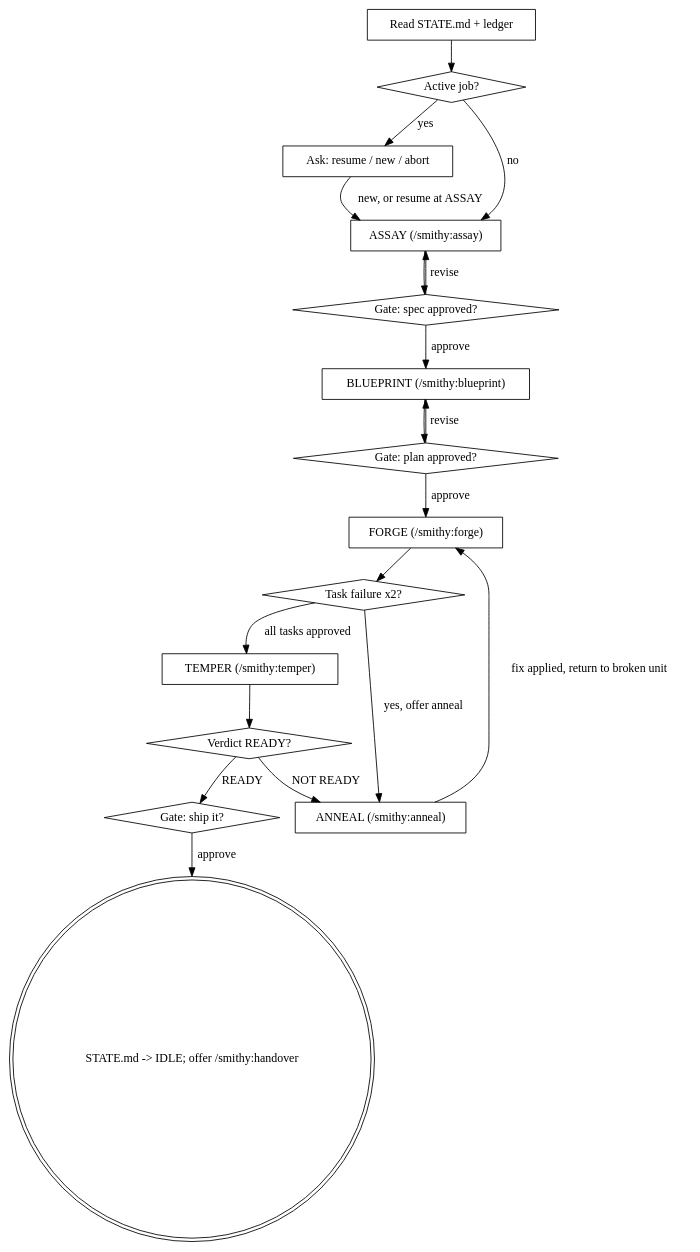
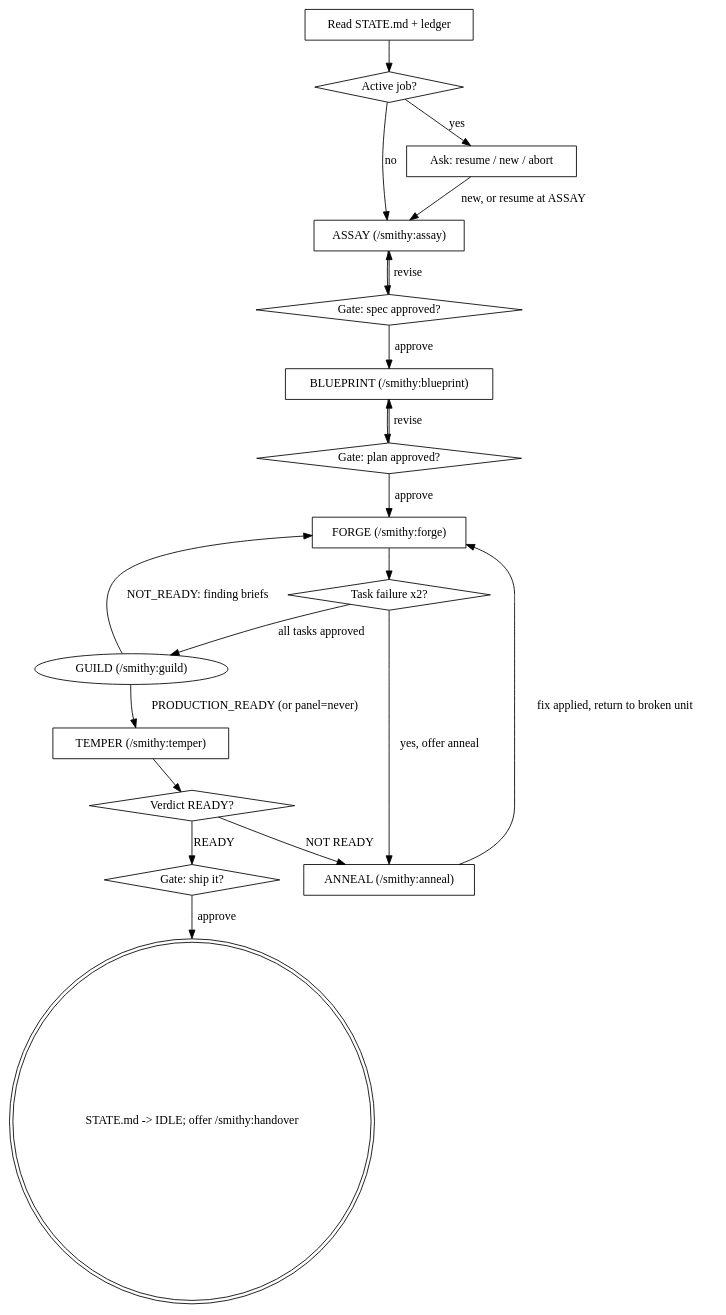
Before and after one commit to dyasnurhakim/smithy-claude: the diagram in skills/smithy/SKILL.md, drawn with Graphviz. The commit also changed other lines of this file and 34 other files, not shown here.

First line of the commit message:
feat: v0.4.0 — persona review panel (guild/commission), git guard rails, inter-agent envelope

````diff
--- a/skills/smithy/SKILL.md
+++ b/skills/smithy/SKILL.md
@@ -25,37 +25,39 @@
 ```dot
 digraph smithy_pipeline {
     "Read STATE.md + ledger" [shape=box];
     "Active job?" [shape=diamond];
     "Ask: resume / new / abort" [shape=box];
     "ASSAY (/smithy:assay)" [shape=box];
     "Gate: spec approved?" [shape=diamond];
     "BLUEPRINT (/smithy:blueprint)" [shape=box];
     "Gate: plan approved?" [shape=diamond];
     "FORGE (/smithy:forge)" [shape=box];
     "Task failure x2?" [shape=diamond];
     "TEMPER (/smithy:temper)" [shape=box];
     "Verdict READY?" [shape=diamond];
     "ANNEAL (/smithy:anneal)" [shape=box];
     "Gate: ship it?" [shape=diamond];
     "STATE.md -> IDLE; offer /smithy:handover" [shape=doublecircle];
 
     "Read STATE.md + ledger" -> "Active job?";
     "Active job?" -> "Ask: resume / new / abort" [label="yes"];
     "Active job?" -> "ASSAY (/smithy:assay)" [label="no"];
     "Ask: resume / new / abort" -> "ASSAY (/smithy:assay)" [label="new, or resume at ASSAY"];
     "ASSAY (/smithy:assay)" -> "Gate: spec approved?";
     "Gate: spec approved?" -> "ASSAY (/smithy:assay)" [label="revise"];
     "Gate: spec approved?" -> "BLUEPRINT (/smithy:blueprint)" [label="approve"];
     "BLUEPRINT (/smithy:blueprint)" -> "Gate: plan approved?";
     "Gate: plan approved?" -> "BLUEPRINT (/smithy:blueprint)" [label="revise"];
     "Gate: plan approved?" -> "FORGE (/smithy:forge)" [label="approve"];
     "FORGE (/smithy:forge)" -> "Task failure x2?";
     "Task failure x2?" -> "ANNEAL (/smithy:anneal)" [label="yes, offer anneal"];
-    "Task failure x2?" -> "TEMPER (/smithy:temper)" [label="all tasks approved"];
+    "Task failure x2?" -> "GUILD (/smithy:guild)" [label="all tasks approved"];
+    "GUILD (/smithy:guild)" -> "TEMPER (/smithy:temper)" [label="PRODUCTION_READY (or panel=never)"];
+    "GUILD (/smithy:guild)" -> "FORGE (/smithy:forge)" [label="NOT_READY: finding briefs"];
     "ANNEAL (/smithy:anneal)" -> "FORGE (/smithy:forge)" [label="fix applied, return to broken unit"];
     "TEMPER (/smithy:temper)" -> "Verdict READY?";
     "Verdict READY?" -> "ANNEAL (/smithy:anneal)" [label="NOT READY"];
     "Verdict READY?" -> "Gate: ship it?" [label="READY"];
     "Gate: ship it?" -> "STATE.md -> IDLE; offer /smithy:handover" [label="approve"];
 }
 ```
````
